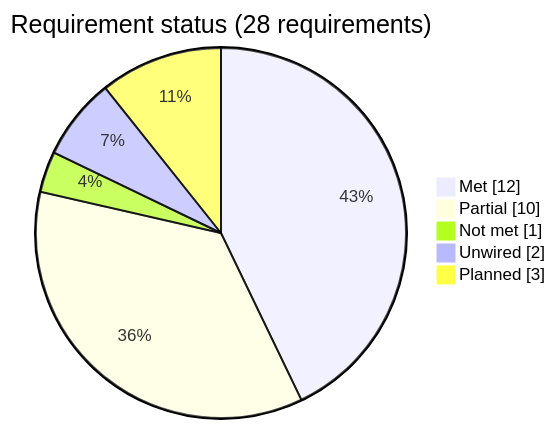
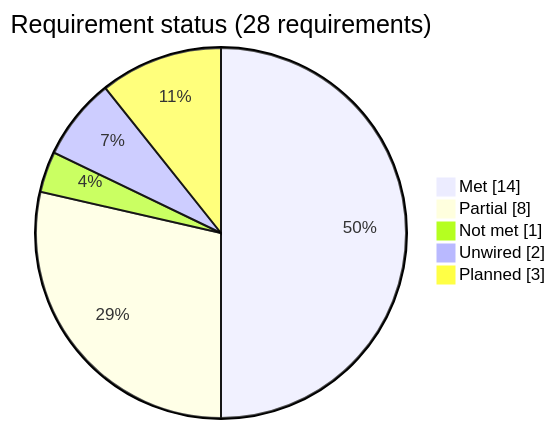
The second of 3 diagrams in docs/REVIEW.md (winfrees/drive-fusion), drawn with Mermaid before and after one commit. The commit also changed other lines of this file and 16 other files, not shown here.

````diff
--- a/docs/REVIEW.md
+++ b/docs/REVIEW.md
@@ -164,9 +164,9 @@
 ```mermaid
 pie showData
     title Requirement status (28 requirements)
-    "Met" : 12
-    "Partial" : 10
+    "Met" : 14
+    "Partial" : 8
     "Not met" : 1
     "Unwired" : 2
     "Planned" : 3
 ```
````
